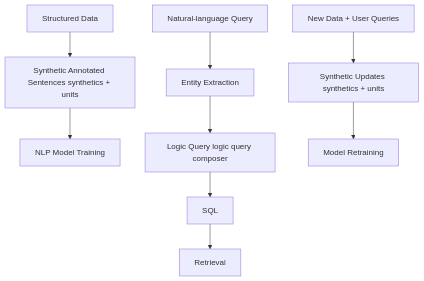
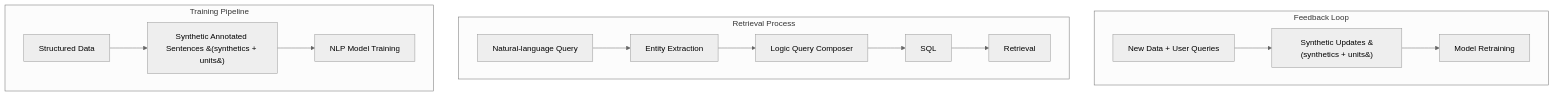
The diagram in README.md (seanox/seanox-ai-nlp), drawn with Mermaid before and after one commit.

Commit message:
#0000 Documentation: Update of content

````diff
--- a/README.md
+++ b/README.md
@@ -48,13 +48,21 @@
 ```mermaid
+---
+config:
+  theme: neutral
+---
 flowchart TD
-    A[Structured Data] --> B[Synthetic Annotated Sentences synthetics + units]
-    B --> C[NLP Model Training]
-
-    D[Natural-language Query] --> E[Entity Extraction]
-    E --> F[Logic Query logic query composer]
-    F --> G[SQL]
-    G --> H[Retrieval]
-
-    I[New Data + User Queries] --> J[Synthetic Updates synthetics + units]
-    J --> K[Model Retraining]
+    subgraph Feedback Loop 
+        I[New Data + User Queries] --> J[Synthetic Updates &#40;synthetics + units&#41;]
+        J --> K[Model Retraining]
+    end
+    subgraph Retrieval Process
+        D[Natural-language Query] --> E[Entity Extraction]
+        E --> F[Logic Query Composer]
+        F --> G[SQL]
+        G --> H[Retrieval]
+    end
+    subgraph Training Pipeline
+        A[Structured Data] --> B[Synthetic Annotated Sentences &#40;synthetics + units&#41;]
+        B --> C[NLP Model Training]
+    end
 ```
````
